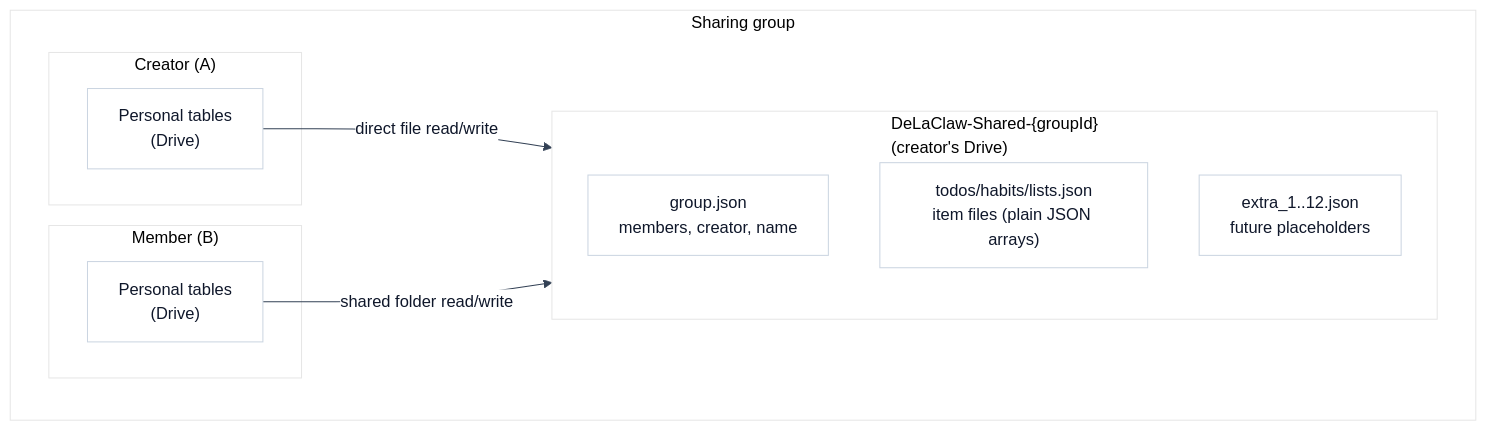
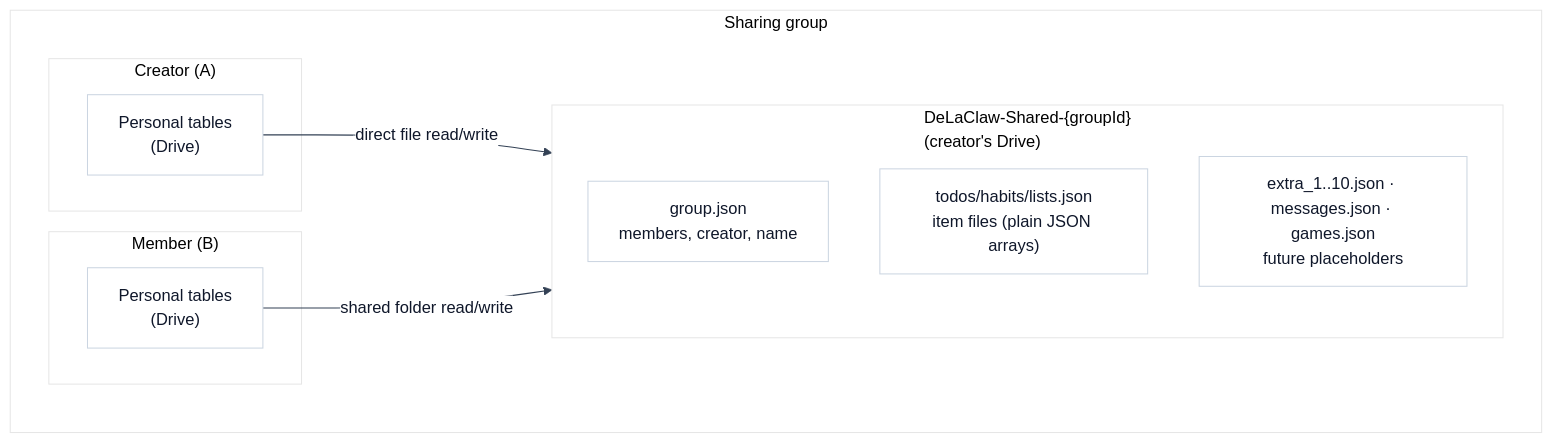
Before and after one commit to AntGro/DeLaClaw: the first of 14 diagrams in docs-site/sharing.md, drawn with Mermaid. The commit also changed other lines of this file and 8 other files, not shown here.

First line of the commit message:
feat(sharing): reserve messages.json and games.json in new groups

````diff
--- a/docs-site/sharing.md
+++ b/docs-site/sharing.md
@@ -13,20 +13,20 @@
 ```mermaid
 %%{init: {'theme': 'base', 'themeVariables': {'background': '#fbfaf8', 'primaryColor': '#ffffff', 'primaryBorderColor': '#cbd5e1', 'primaryTextColor': '#0f172a', 'lineColor': '#334155'}}}%%
 flowchart TB
     subgraph GROUP["Sharing group"]
         subgraph CREATOR["Creator (A)"]
             PA["Personal tables<br/>(Drive)"]
         end
         subgraph MEMBER["Member (B)"]
             PB["Personal tables<br/>(Drive)"]
         end
         subgraph SHARED["DeLaClaw-Shared-{groupId}<br/>(creator's Drive)"]
             direction TB
             GJ["group.json<br/>members, creator, name"]
             ITEMS["todos/habits/lists.json<br/>item files (plain JSON arrays)"]
-            EXTRA["extra_1..12.json<br/>future placeholders"]
+            EXTRA["extra_1..10.json · messages.json · games.json<br/>future placeholders"]
         end
         PA -->|"direct file read/write"| SHARED
         PB -->|"shared folder read/write"| SHARED
     end
 ```
````
